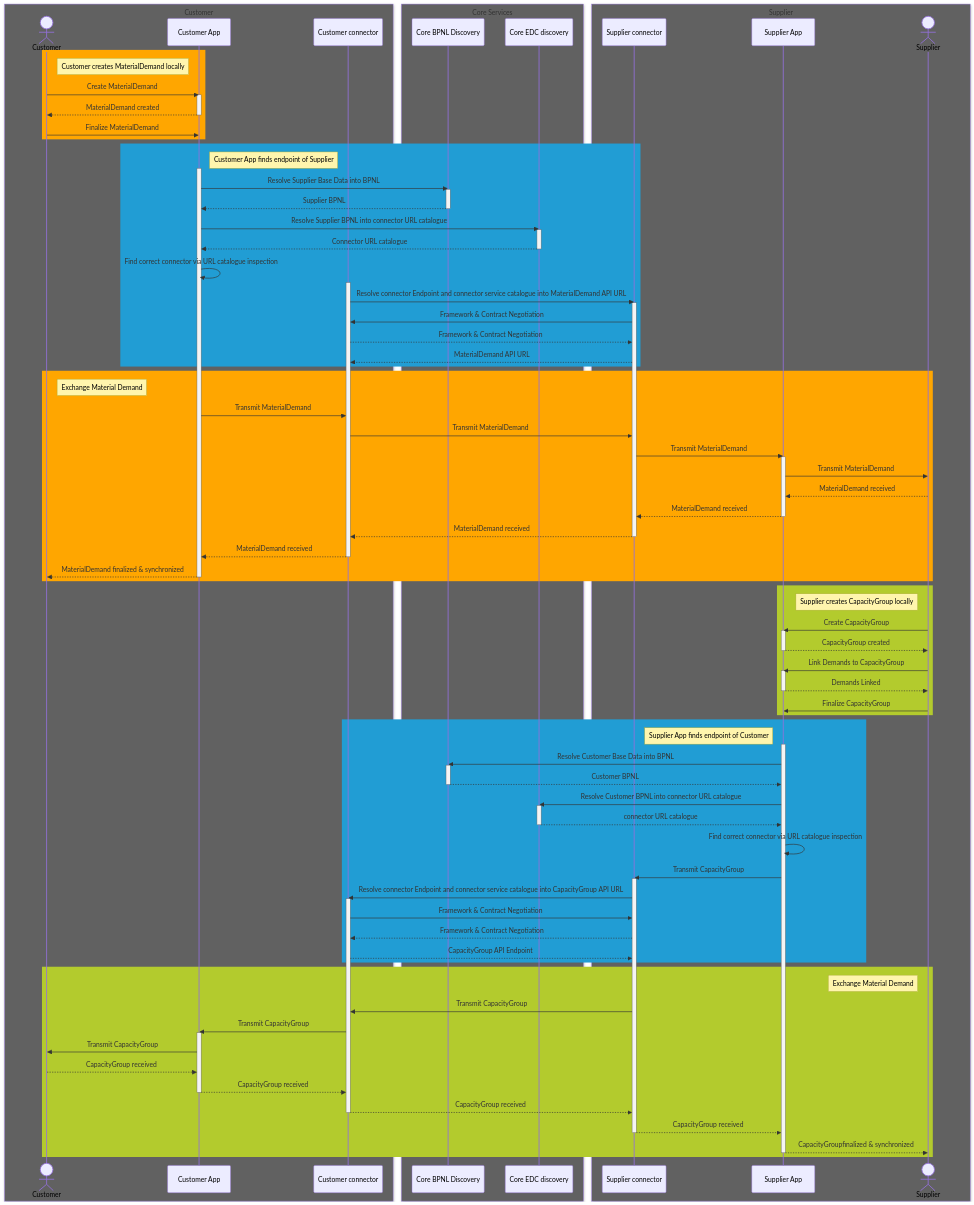
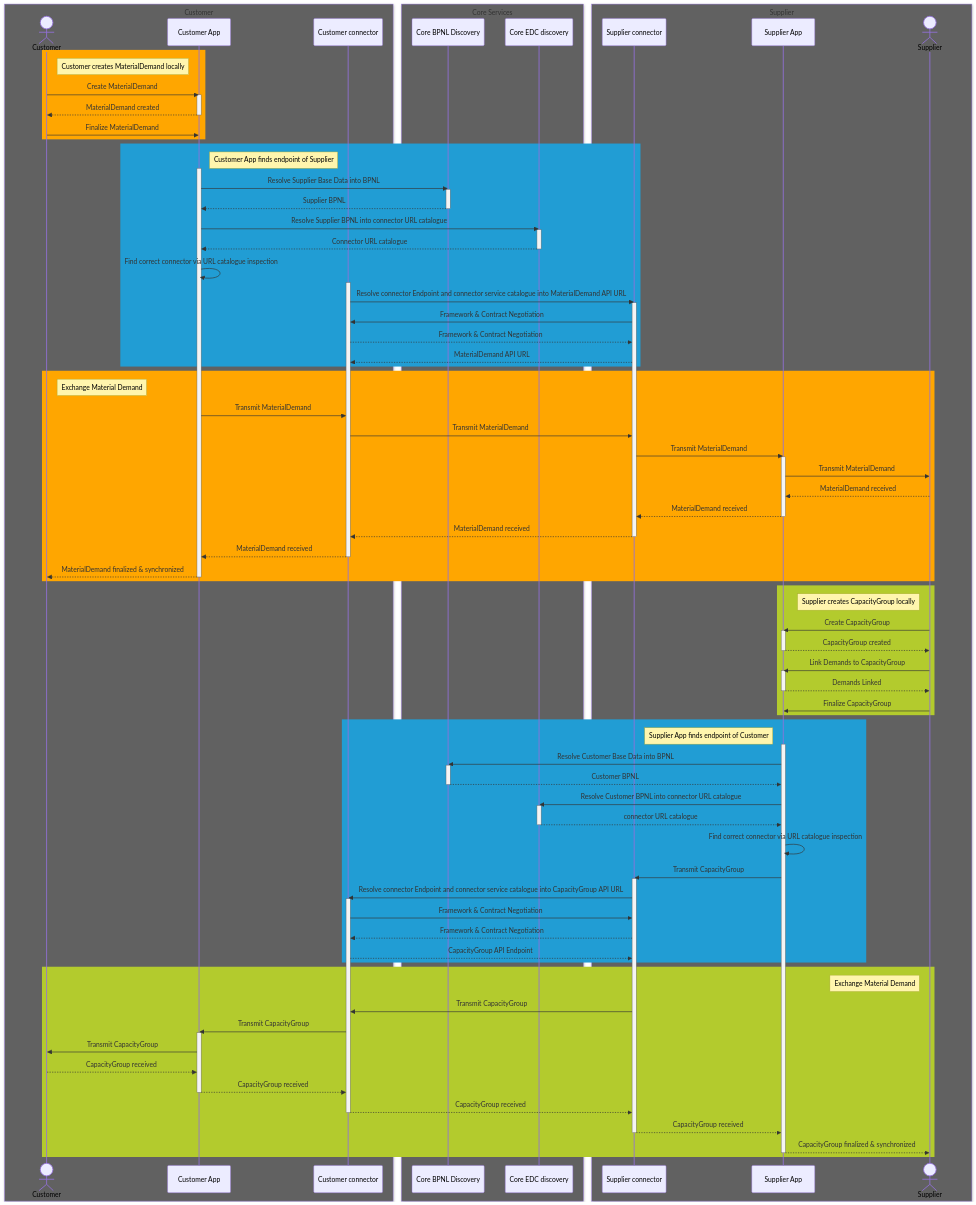
One commit to eclipse-tractusx/eclipse-tractusx.github.io changed the diagram in docs-kits/kits/DCM-Kit/architecture-view/overview.md. Above: the diagram before and after it, drawn with Mermaid. The commit also changed 2 other files, not shown here.

Commit message:
Spelling

````diff
--- a/docs-kits/kits/DCM-Kit/architecture-view/overview.md
+++ b/docs-kits/kits/DCM-Kit/architecture-view/overview.md
@@ -172,7 +172,7 @@
         deactivate CustomerConnector
         SupplierConnector -->> SupplierApp: CapacityGroup received
         deactivate SupplierConnector
-        SupplierApp -->> Supplier: CapacityGroupfinalized & synchronized
+        SupplierApp -->> Supplier: CapacityGroup finalized & synchronized
         deactivate SupplierApp
     end
 ```
````
